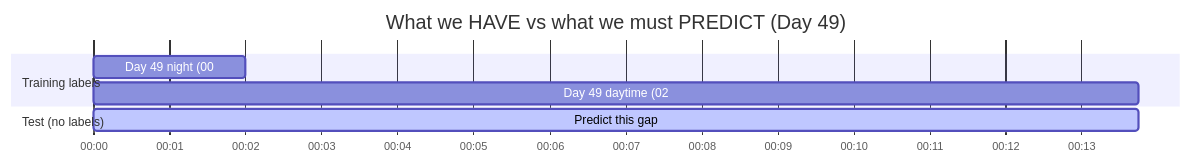
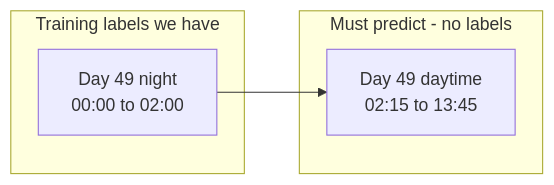
Before and after one commit to rishitaprabhakarp-cell/BLOG: the second of 11 diagrams in content/posts/bangalore-traffic-demand-prediction.md, drawn with Mermaid. The commit also changed other lines of this file and 13 other files, not shown here.

Commit message:
fix():mermaid rendering was fixed

````diff
--- a/content/posts/bangalore-traffic-demand-prediction.md
+++ b/content/posts/bangalore-traffic-demand-prediction.md
@@ -70,13 +70,12 @@
 ```mermaid
-gantt
-    title What we HAVE vs what we must PREDICT (Day 49)
-    dateFormat X
-    axisFormat %H:%M
+flowchart LR
+    subgraph train [Training labels we have]
+        N[Day 49 night<br/>00:00 to 02:00]
+    end
 
-    section Training labels
-    Day 49 night (00:00–02:00)     :done, 0, 120
-    Day 49 daytime (02:15–13:45)  :crit, 135, 825
+    subgraph gap [Must predict - no labels]
+        G[Day 49 daytime<br/>02:15 to 13:45]
+    end
 
-    section Test (no labels)
-    Predict this gap               :active, 135, 825
+    N --> G
 ```
````
